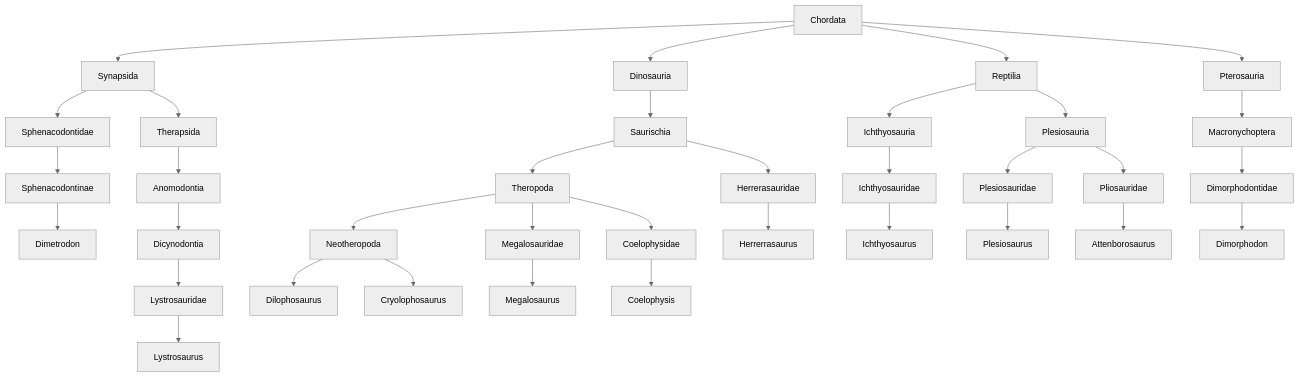
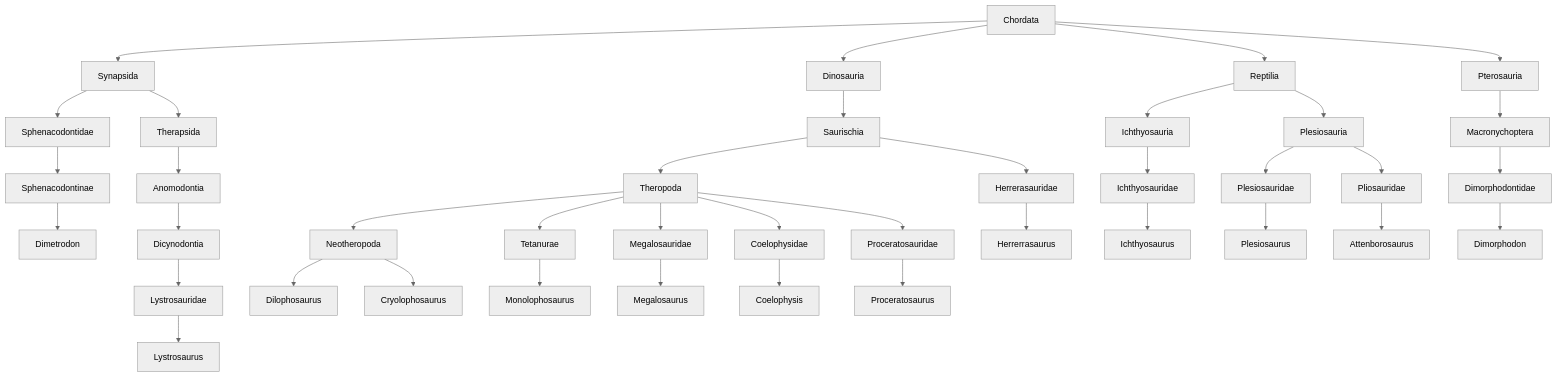
Before and after one commit to jackdixonryan/JWE2-Taxonomy: the diagram in readme.md, drawn with Mermaid (neutral theme).

Commit message:
Update readme.md
Theropods in Great Variety

````diff
--- a/readme.md
+++ b/readme.md
@@ -3,51 +3,56 @@
 ```mermaid
 graph TD;
 
 Chordata-->Synapsida
 Chordata-->Dinosauria
 Chordata-->Reptilia
 Chordata-->Pterosauria
 
 Synapsida-->Sphenacodontidae
 Synapsida-->Therapsida
 
 Sphenacodontidae-->Sphenacodontinae
 Sphenacodontinae-->Dimetrodon
 
 Therapsida-->Anomodontia
 Anomodontia-->Dicynodontia
 Dicynodontia-->Lystrosauridae
 Lystrosauridae-->Lystrosaurus
 
 Dinosauria-->Saurischia
 
 Saurischia-->Herrerasauridae
 Saurischia-->Theropoda
 
 Theropoda-->Neotheropoda
 Theropoda-->Megalosauridae
 Theropoda-->Coelophysidae
+Theropoda-->Tetanurae
+Theropoda-->Proceratosauridae
 
 Neotheropoda-->Dilophosaurus
 Neotheropoda-->Cryolophosaurus
 
+Tetanurae-->Monolophosaurus
 Herrerasauridae-->Herrerrasaurus
 Megalosauridae-->Megalosaurus
 Coelophysidae-->Coelophysis
+
+Proceratosauridae-->Proceratosaurus
 
 Reptilia-->Ichthyosauria
 Reptilia-->Plesiosauria
 
 Ichthyosauria-->Ichthyosauridae 
 Ichthyosauridae-->Ichthyosaurus
 
 Plesiosauria-->Plesiosauridae 
 Plesiosauria-->Pliosauridae
 
 Plesiosauridae-->Plesiosaurus
 Pliosauridae-->Attenborosaurus
 
 Pterosauria-->Macronychoptera
 Macronychoptera-->Dimorphodontidae 
 Dimorphodontidae-->Dimorphodon
 ```
````
